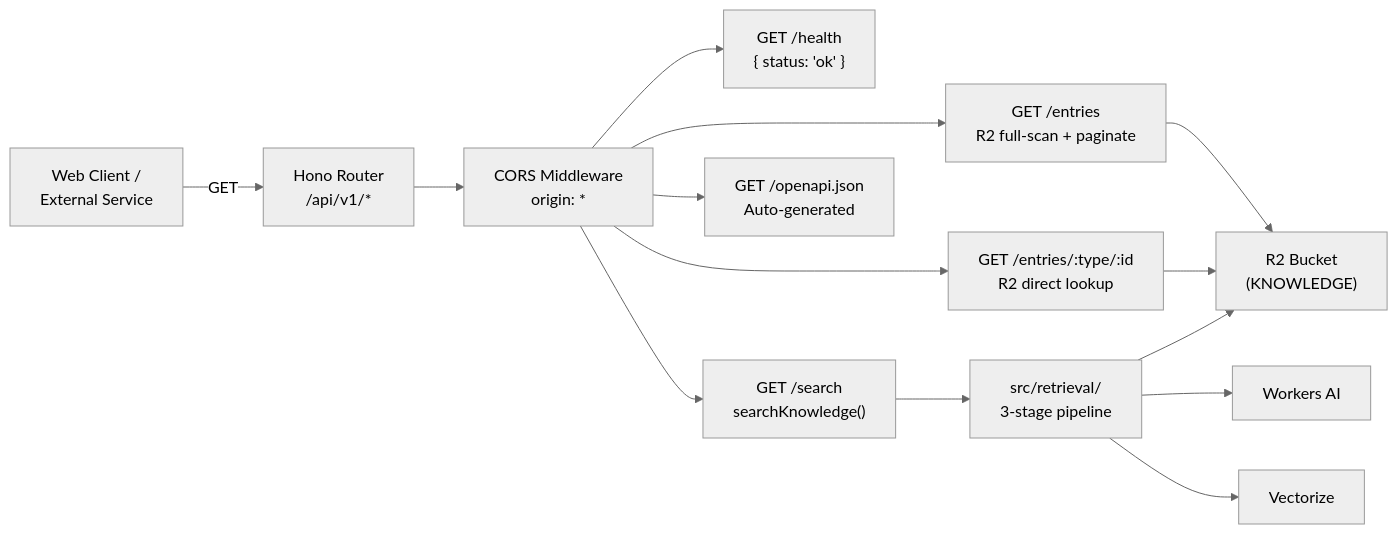
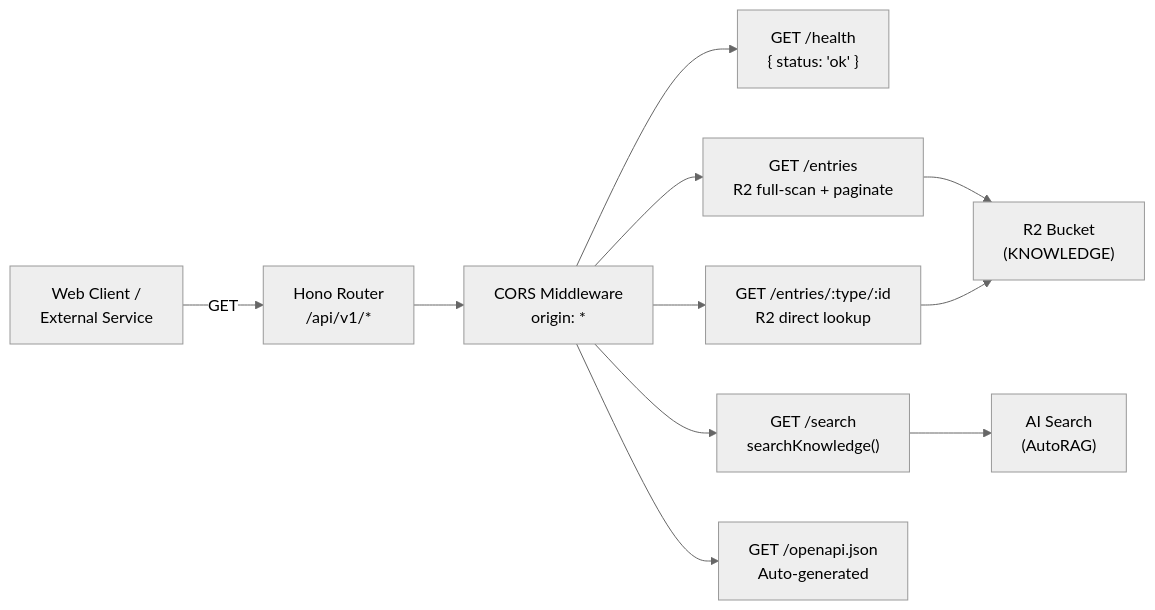
One commit to superbenefit/knowledge-server changed the diagram in src/api/README.md. Above: the diagram before and after it, drawn with Mermaid (neutral theme). The commit also changed other lines of this file and 23 other files, not shown here.

First line of the commit message:
docs: update architecture docs for AI Search migration (#39)

````diff
--- a/src/api/README.md
+++ b/src/api/README.md
@@ -23,18 +23,15 @@
 ```mermaid
 graph LR
     Client["Web Client /<br/>External Service"] -->|GET| Hono["Hono Router<br/>/api/v1/*"]
 
     Hono --> CORS["CORS Middleware<br/>origin: *"]
     CORS --> Health["GET /health<br/>{ status: 'ok' }"]
     CORS --> List["GET /entries<br/>R2 full-scan + paginate"]
     CORS --> Get["GET /entries/:type/:id<br/>R2 direct lookup"]
     CORS --> Search["GET /search<br/>searchKnowledge()"]
     CORS --> OAS["GET /openapi.json<br/>Auto-generated"]
 
     List --> R2["R2 Bucket<br/>(KNOWLEDGE)"]
     Get --> R2
-    Search --> Retrieval["src/retrieval/<br/>3-stage pipeline"]
-    Retrieval --> R2
-    Retrieval --> AI["Workers AI"]
-    Retrieval --> Vec["Vectorize"]
+    Search --> AISearch["AI Search<br/>(AutoRAG)"]
 ```
````
